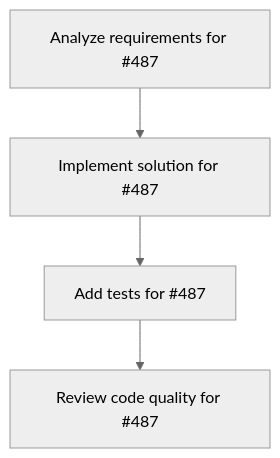
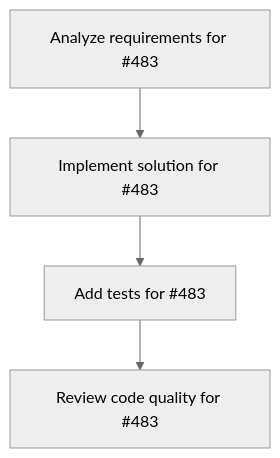
One commit to ShunsukeHayashi/miyabi-code changed the diagram in Plans.md. Above: the diagram before and after it, drawn with Mermaid (neutral theme). The commit also changed other lines of this file and 1 other file, not shown here.

````diff
--- a/Plans.md
+++ b/Plans.md
@@ -248,10 +116,10 @@
 ```mermaid
 graph TD
-    task_487_analysis["Analyze requirements for #487"]
-    task_487_impl["Implement solution for #487"]
-    task_487_test["Add tests for #487"]
-    task_487_review["Review code quality for #487"]
-    task_487_analysis --> task_487_impl
-    task_487_impl --> task_487_test
-    task_487_test --> task_487_review
+    task_483_analysis["Analyze requirements for #483"]
+    task_483_impl["Implement solution for #483"]
+    task_483_test["Add tests for #483"]
+    task_483_review["Review code quality for #483"]
+    task_483_analysis --> task_483_impl
+    task_483_impl --> task_483_test
+    task_483_test --> task_483_review
 ```
````
